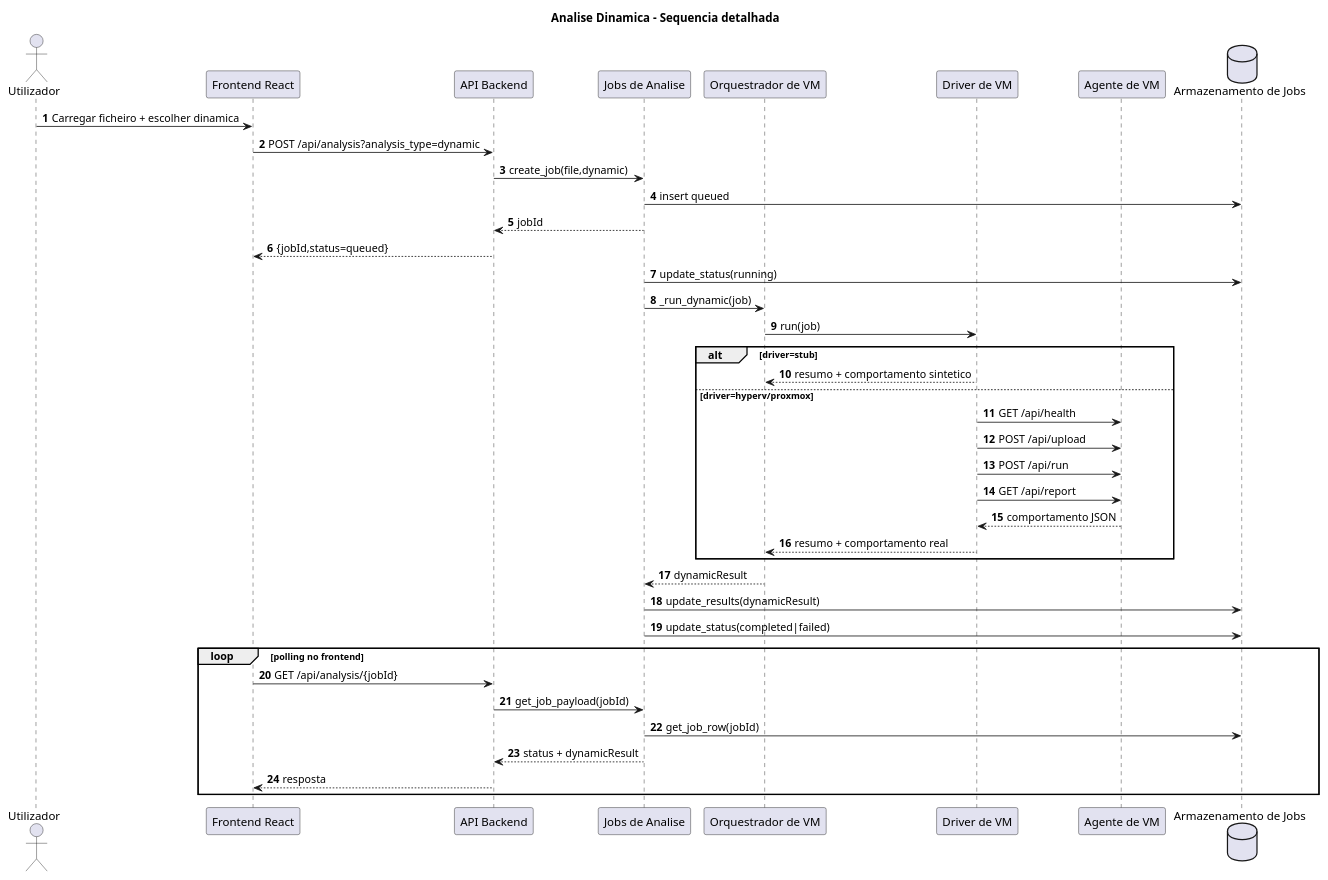
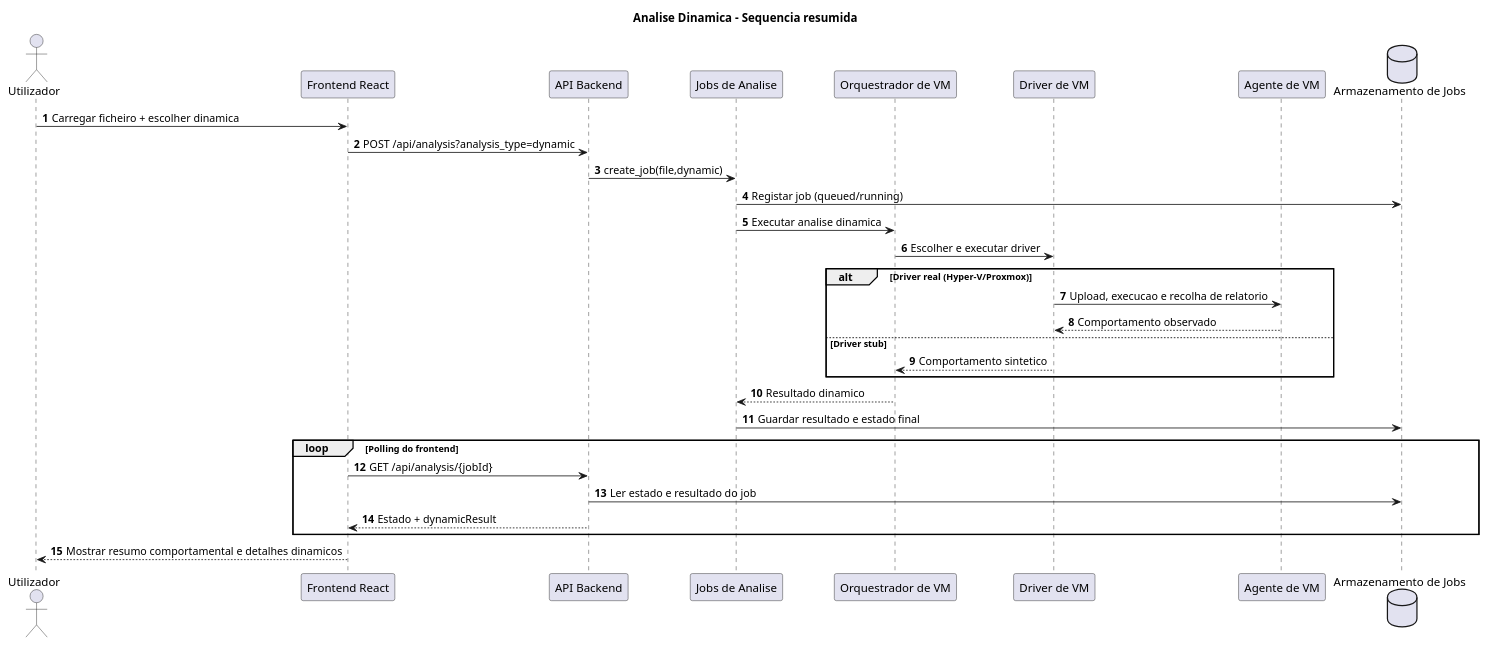
One commit to tlxp/PROJETO changed the diagram in docs/diagrams/analysis-sequence-dynamic.puml. Above: the diagram before and after it, drawn with PlantUML. The commit also changed 6 other files, not shown here.

```diff
--- a/docs/diagrams/analysis-sequence-dynamic.puml
+++ b/docs/diagrams/analysis-sequence-dynamic.puml
@@ -1,48 +1,39 @@
 @startuml
-title Analise Dinamica - Sequencia detalhada
+title Analise Dinamica - Sequencia resumida
 
 autonumber
 actor "Utilizador" as U
 participant "Frontend React" as FE
 participant "API Backend" as API
 participant "Jobs de Analise" as JOBS
 participant "Orquestrador de VM" as VMO
 participant "Driver de VM" as DRV
 participant "Agente de VM" as AGENT
 database "Armazenamento de Jobs" as DB
 
 U -> FE: Carregar ficheiro + escolher dinamica
 FE -> API: POST /api/analysis?analysis_type=dynamic
 API -> JOBS: create_job(file,dynamic)
-JOBS -> DB: insert queued
-API <-- JOBS: jobId
-FE <-- API: {jobId,status=queued}
+JOBS -> DB: Registar job (queued/running)
+JOBS -> VMO: Executar analise dinamica
+VMO -> DRV: Escolher e executar driver
 
-JOBS -> DB: update_status(running)
-JOBS -> VMO: _run_dynamic(job)
-VMO -> DRV: run(job)
-
-alt driver=stub
-DRV --> VMO: resumo + comportamento sintetico
-else driver=hyperv/proxmox
-DRV -> AGENT: GET /api/health
-DRV -> AGENT: POST /api/upload
-DRV -> AGENT: POST /api/run
-DRV -> AGENT: GET /api/report
-AGENT --> DRV: comportamento JSON
-DRV --> VMO: resumo + comportamento real
+alt Driver real (Hyper-V/Proxmox)
+DRV -> AGENT: Upload, execucao e recolha de relatorio
+AGENT --> DRV: Comportamento observado
+else Driver stub
+DRV --> VMO: Comportamento sintetico
 end
 
-VMO --> JOBS: dynamicResult
-JOBS -> DB: update_results(dynamicResult)
-JOBS -> DB: update_status(completed|failed)
+VMO --> JOBS: Resultado dinamico
+JOBS -> DB: Guardar resultado e estado final
 
-loop polling no frontend
+loop Polling do frontend
 FE -> API: GET /api/analysis/{jobId}
-API -> JOBS: get_job_payload(jobId)
-JOBS -> DB: get_job_row(jobId)
-API <-- JOBS: status + dynamicResult
-FE <-- API: resposta
+API -> DB: Ler estado e resultado do job
+API --> FE: Estado + dynamicResult
 end
 
+FE --> U: Mostrar resumo comportamental e detalhes dinamicos
+
 @enduml
```
